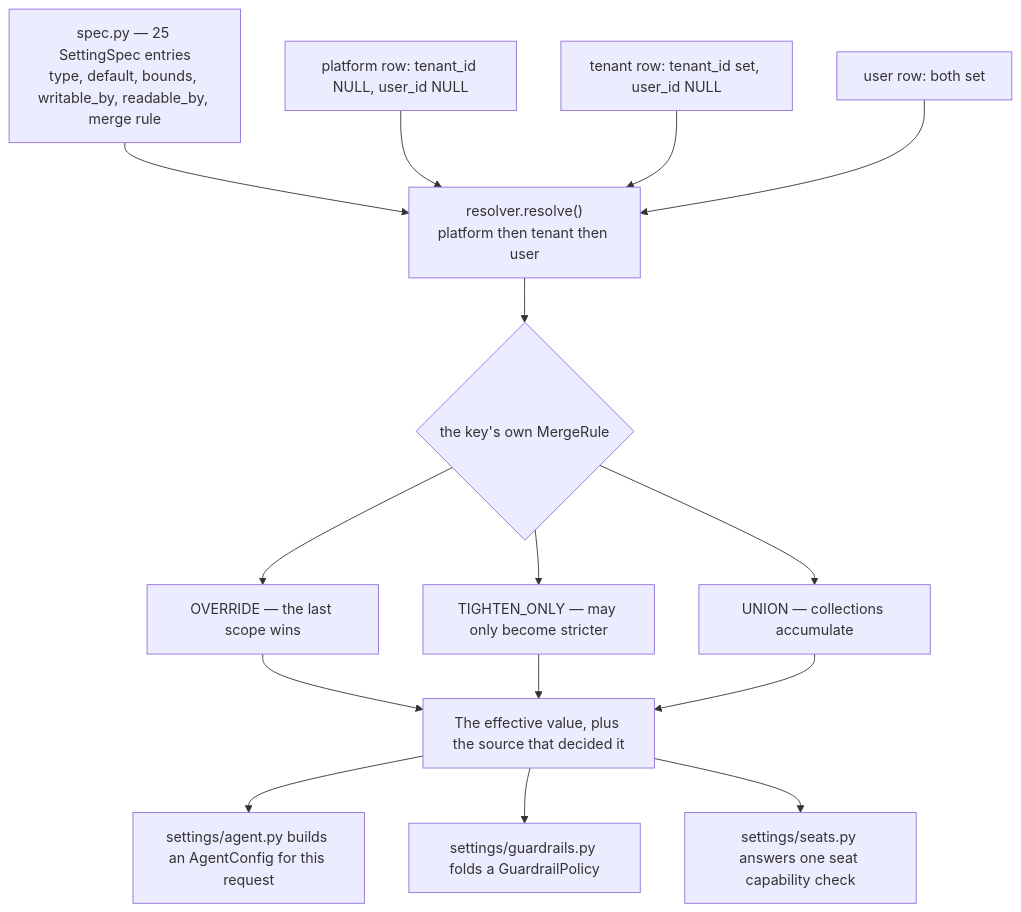
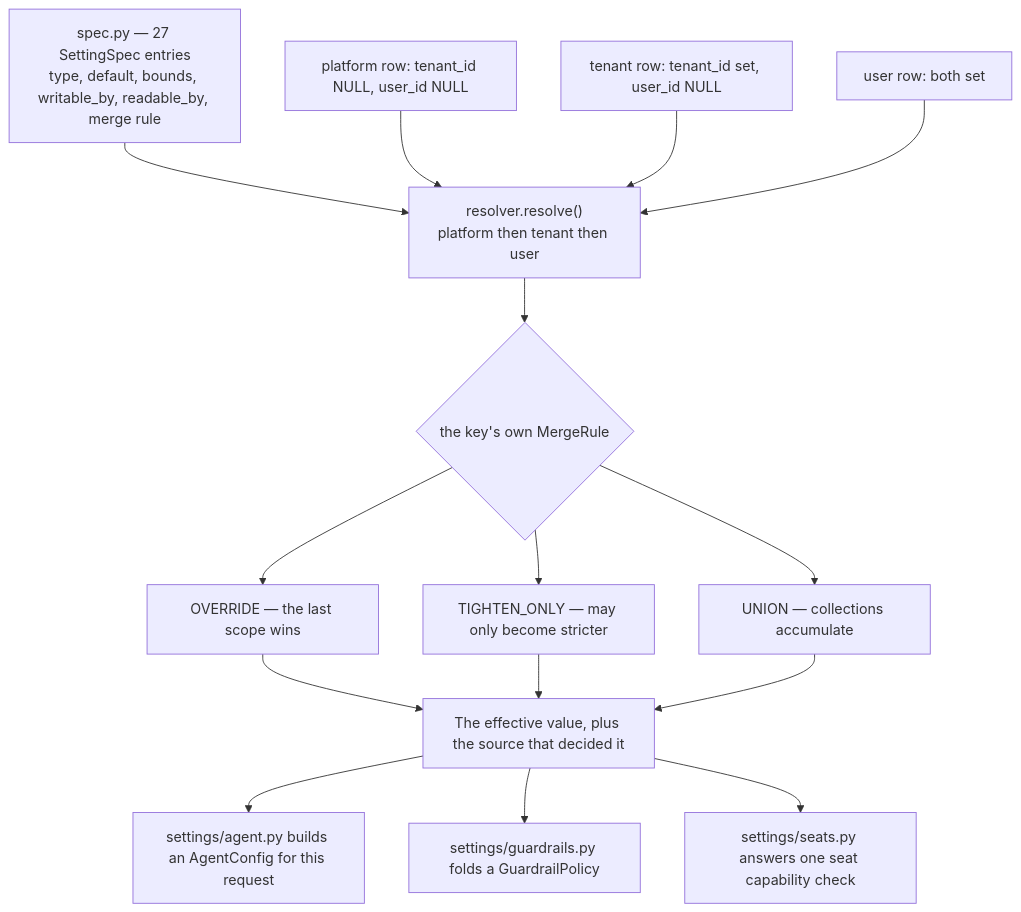
One commit to yrevash/aegis changed the diagram in docs/teaching/settings.md. Above: the diagram before and after it, drawn with Mermaid. The commit also changed other lines of this file and 36 other files, not shown here.

````diff
--- a/docs/teaching/settings.md
+++ b/docs/teaching/settings.md
@@ -24,17 +24,17 @@
 ```mermaid
 flowchart TD
-    SPEC["spec.py — 25 SettingSpec entries<br/>type, default, bounds, writable_by, readable_by, merge rule"] --> R
+    SPEC["spec.py — 27 SettingSpec entries<br/>type, default, bounds, writable_by, readable_by, merge rule"] --> R
     P["platform row: tenant_id NULL, user_id NULL"] --> R["resolver.resolve()<br/>platform then tenant then user"]
     T["tenant row: tenant_id set, user_id NULL"] --> R
     U["user row: both set"] --> R
     R --> M{"the key's own MergeRule"}
     M --> O["OVERRIDE — the last scope wins"]
     M --> TO["TIGHTEN_ONLY — may only become stricter"]
     M --> UN["UNION — collections accumulate"]
     O --> EFF["The effective value, plus the source that decided it"]
     TO --> EFF
     UN --> EFF
     EFF --> C1["settings/agent.py builds an AgentConfig for this request"]
     EFF --> C2["settings/guardrails.py folds a GuardrailPolicy"]
     EFF --> C3["settings/seats.py answers one seat capability check"]
 ```
````
